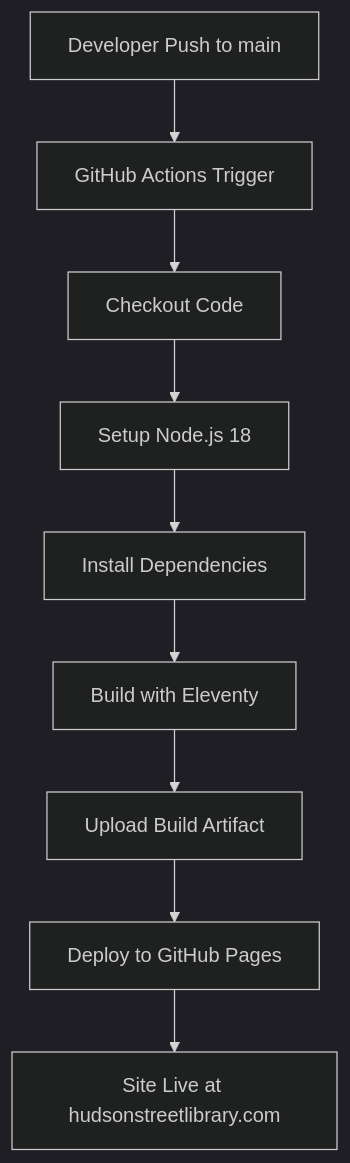
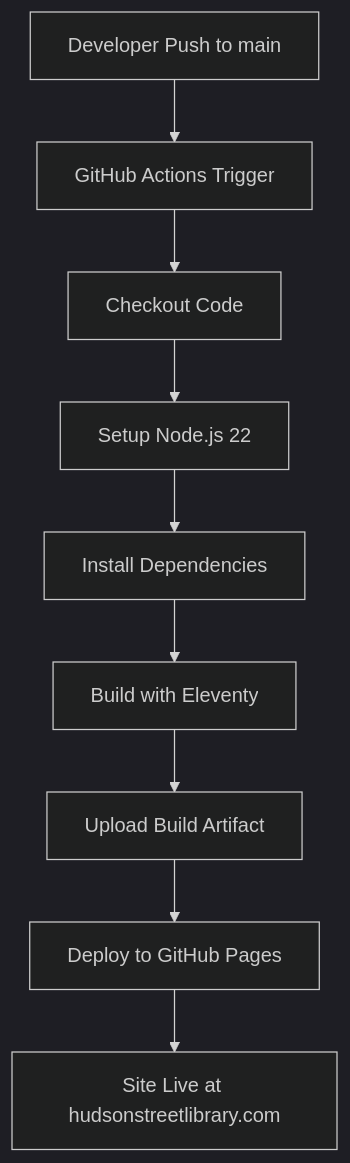
Before and after one commit to Mediaeater/Hudson_Street_Library: the diagram in docs/GITHUB-ACTIONS-PIPELINE.md, drawn with Mermaid (dark theme). The commit also changed other lines of this file and 8 other files, not shown here.

````diff
--- a/docs/GITHUB-ACTIONS-PIPELINE.md
+++ b/docs/GITHUB-ACTIONS-PIPELINE.md
@@ -9,11 +9,11 @@
 ```mermaid
 graph TD
     A[Developer Push to main] --> B[GitHub Actions Trigger]
     B --> C[Checkout Code]
-    C --> D[Setup Node.js 18]
+    C --> D[Setup Node.js 22]
     D --> E[Install Dependencies]
     E --> F[Build with Eleventy]
     F --> G[Upload Build Artifact]
     G --> H[Deploy to GitHub Pages]
     H --> I[Site Live at hudsonstreetlibrary.com]
 ```
````
